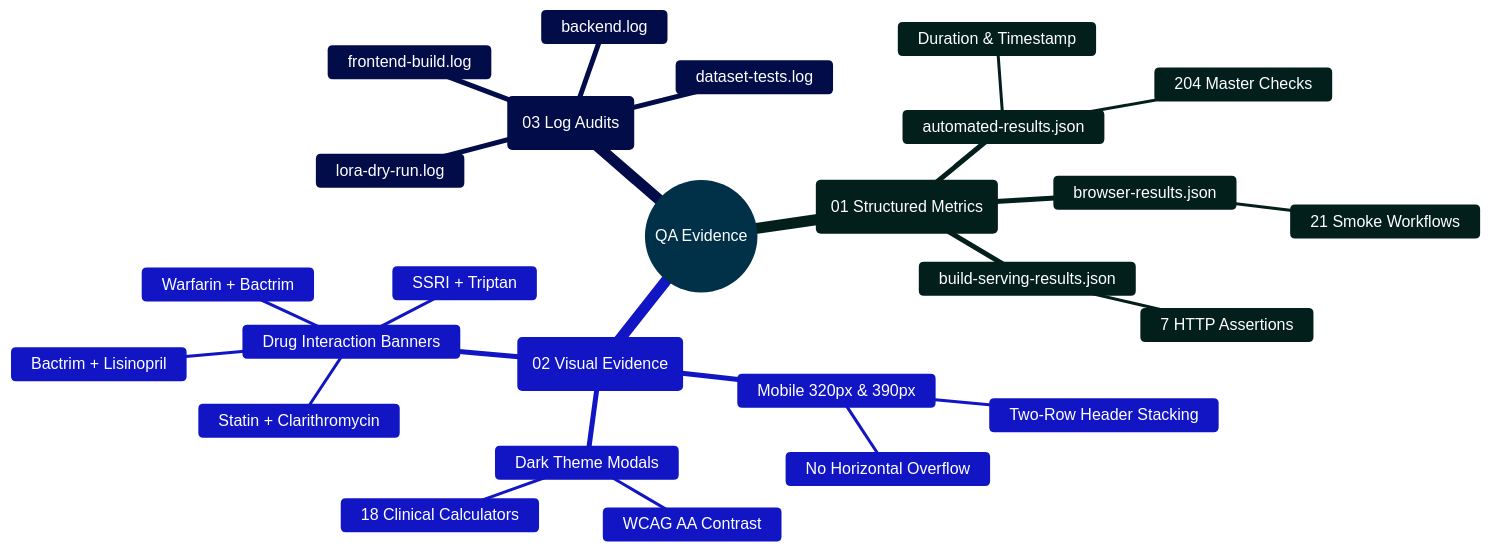
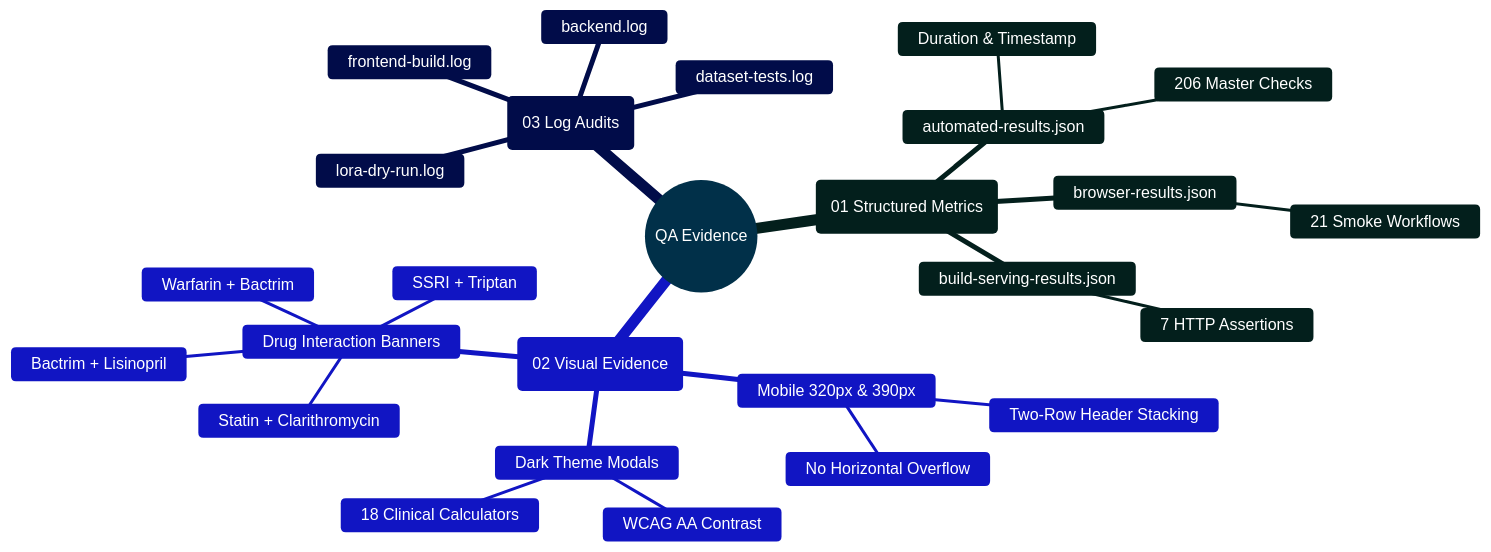
Before and after one commit to Ganesh172919/React-App-LLM: the diagram in output/qa/README.md, drawn with Mermaid. The commit also changed other lines of this file and 10 other files, not shown here.

````diff
--- a/output/qa/README.md
+++ b/output/qa/README.md
@@ -43,31 +43,31 @@
 ```mermaid
 %%{init: {'theme': 'base', 'themeVariables': { 'primaryColor': '#0284c7', 'primaryTextColor': '#ffffff', 'primaryBorderColor': '#0369a1', 'lineColor': '#0284c7', 'secondaryColor': '#0d9488', 'tertiaryColor': '#6366f1' }}}%%
 mindmap
   root((QA Evidence))
     ::icon(fa fa-clipboard-check)
     (01 Structured Metrics)
       automated-results.json
-        204 Master Checks
+        206 Master Checks
         Duration & Timestamp
       browser-results.json
         21 Smoke Workflows
       build-serving-results.json
         7 HTTP Assertions
     (02 Visual Evidence)
       Mobile 320px & 390px
         No Horizontal Overflow
         Two-Row Header Stacking
       Dark Theme Modals
         WCAG AA Contrast
         18 Clinical Calculators
       Drug Interaction Banners
         Warfarin + Bactrim
         SSRI + Triptan
         Bactrim + Lisinopril
         Statin + Clarithromycin
     (03 Log Audits)
       backend.log
       frontend-build.log
       dataset-tests.log
       lora-dry-run.log
 ```
````
